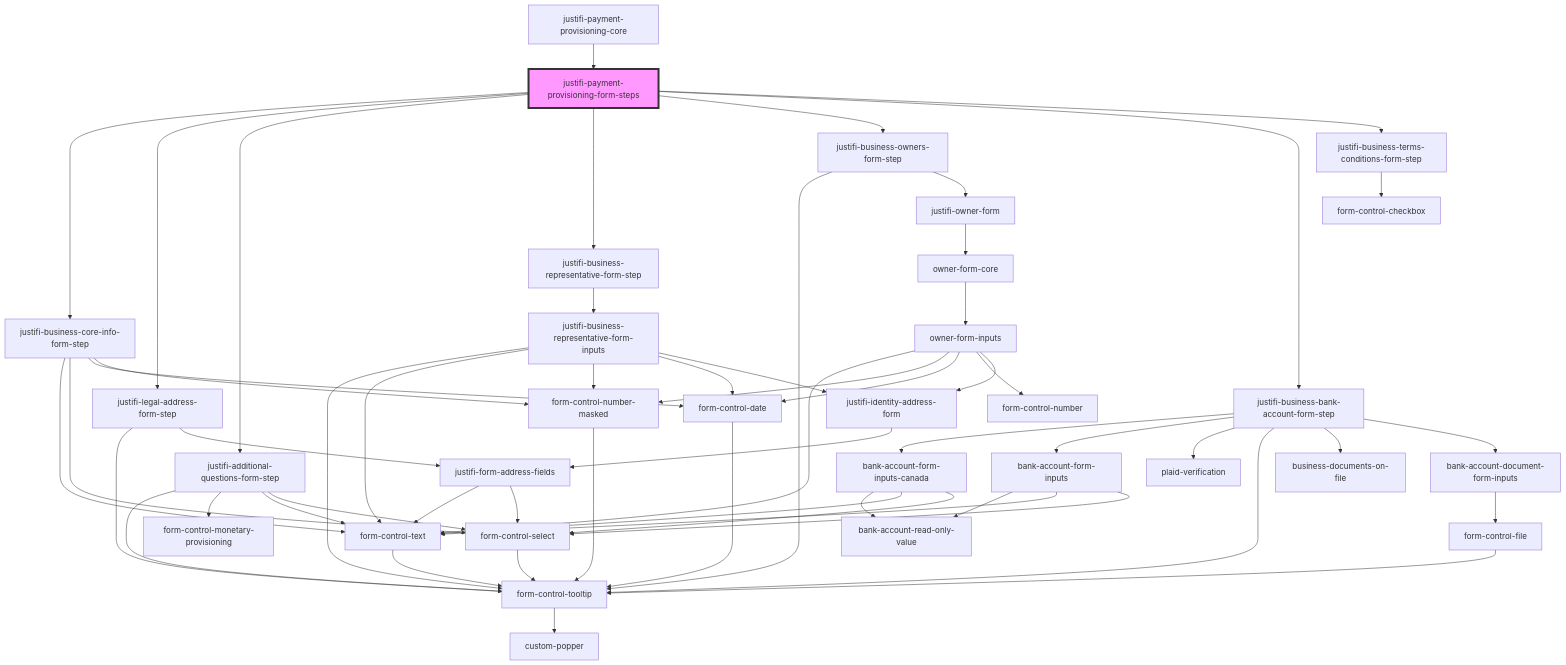
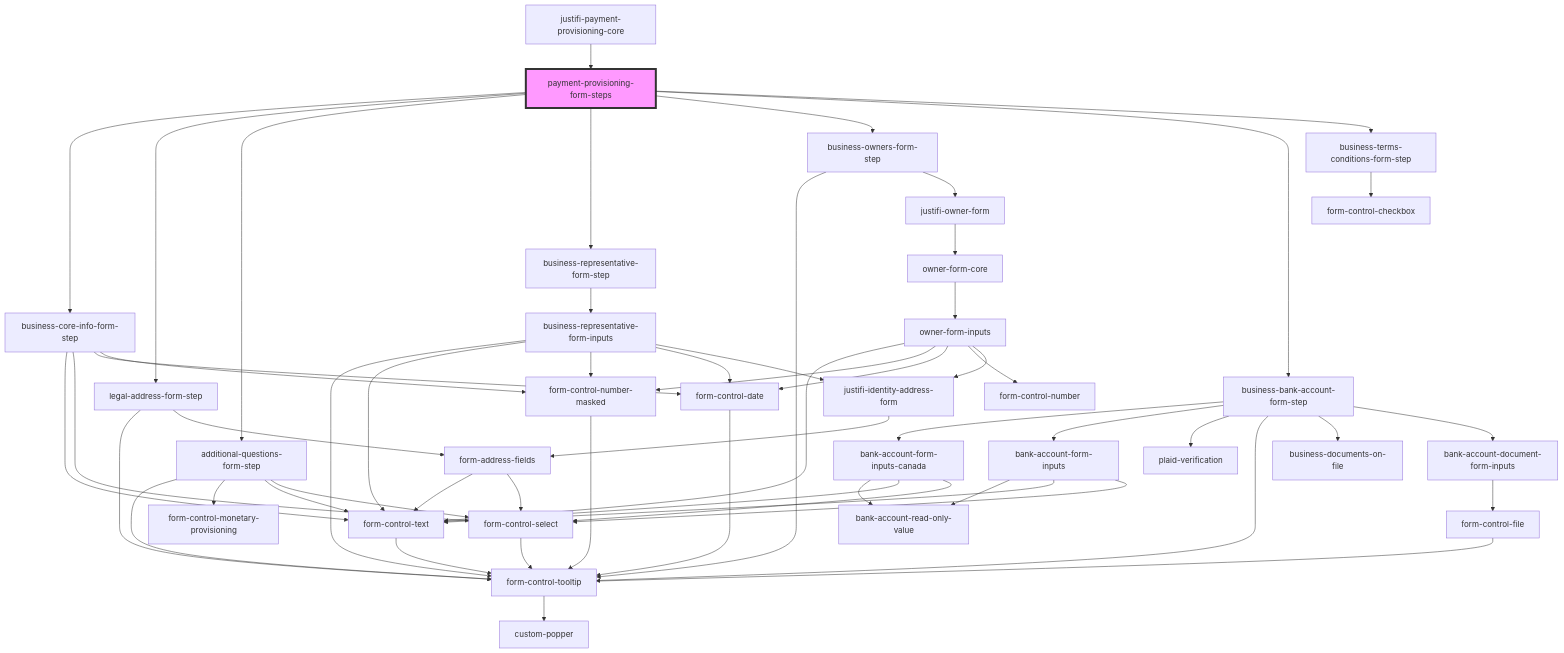
Before and after one commit to justifi-tech/web-component-library: the diagram in packages/webcomponents/src/components/business-forms/payment-provisioning/readme.md, drawn with Mermaid. The commit also changed other lines of this file and 36 other files, not shown here.

````diff
--- a/packages/webcomponents/src/components/business-forms/payment-provisioning/readme.md
+++ b/packages/webcomponents/src/components/business-forms/payment-provisioning/readme.md
@@ -54,60 +54,60 @@
 ```mermaid
 graph TD;
-  justifi-payment-provisioning-form-steps --> justifi-business-core-info-form-step
-  justifi-payment-provisioning-form-steps --> justifi-legal-address-form-step
-  justifi-payment-provisioning-form-steps --> justifi-additional-questions-form-step
-  justifi-payment-provisioning-form-steps --> justifi-business-representative-form-step
-  justifi-payment-provisioning-form-steps --> justifi-business-owners-form-step
-  justifi-payment-provisioning-form-steps --> justifi-business-bank-account-form-step
-  justifi-payment-provisioning-form-steps --> justifi-business-terms-conditions-form-step
-  justifi-business-core-info-form-step --> form-control-text
-  justifi-business-core-info-form-step --> form-control-select
-  justifi-business-core-info-form-step --> form-control-date
-  justifi-business-core-info-form-step --> form-control-number-masked
+  payment-provisioning-form-steps --> business-core-info-form-step
+  payment-provisioning-form-steps --> legal-address-form-step
+  payment-provisioning-form-steps --> additional-questions-form-step
+  payment-provisioning-form-steps --> business-representative-form-step
+  payment-provisioning-form-steps --> business-owners-form-step
+  payment-provisioning-form-steps --> business-bank-account-form-step
+  payment-provisioning-form-steps --> business-terms-conditions-form-step
+  business-core-info-form-step --> form-control-text
+  business-core-info-form-step --> form-control-select
+  business-core-info-form-step --> form-control-date
+  business-core-info-form-step --> form-control-number-masked
   form-control-text --> form-control-tooltip
   form-control-tooltip --> custom-popper
   form-control-select --> form-control-tooltip
   form-control-date --> form-control-tooltip
   form-control-number-masked --> form-control-tooltip
-  justifi-legal-address-form-step --> form-control-tooltip
-  justifi-legal-address-form-step --> justifi-form-address-fields
-  justifi-form-address-fields --> form-control-text
-  justifi-form-address-fields --> form-control-select
-  justifi-additional-questions-form-step --> form-control-tooltip
-  justifi-additional-questions-form-step --> form-control-monetary-provisioning
-  justifi-additional-questions-form-step --> form-control-text
-  justifi-additional-questions-form-step --> form-control-select
-  justifi-business-representative-form-step --> justifi-business-representative-form-inputs
-  justifi-business-representative-form-inputs --> form-control-tooltip
-  justifi-business-representative-form-inputs --> form-control-text
-  justifi-business-representative-form-inputs --> form-control-number-masked
-  justifi-business-representative-form-inputs --> form-control-date
-  justifi-business-representative-form-inputs --> justifi-identity-address-form
-  justifi-identity-address-form --> justifi-form-address-fields
-  justifi-business-owners-form-step --> form-control-tooltip
-  justifi-business-owners-form-step --> justifi-owner-form
+  legal-address-form-step --> form-control-tooltip
+  legal-address-form-step --> form-address-fields
+  form-address-fields --> form-control-text
+  form-address-fields --> form-control-select
+  additional-questions-form-step --> form-control-tooltip
+  additional-questions-form-step --> form-control-monetary-provisioning
+  additional-questions-form-step --> form-control-text
+  additional-questions-form-step --> form-control-select
+  business-representative-form-step --> business-representative-form-inputs
+  business-representative-form-inputs --> form-control-tooltip
+  business-representative-form-inputs --> form-control-text
+  business-representative-form-inputs --> form-control-number-masked
+  business-representative-form-inputs --> form-control-date
+  business-representative-form-inputs --> justifi-identity-address-form
+  justifi-identity-address-form --> form-address-fields
+  business-owners-form-step --> form-control-tooltip
+  business-owners-form-step --> justifi-owner-form
   justifi-owner-form --> owner-form-core
   owner-form-core --> owner-form-inputs
   owner-form-inputs --> form-control-text
   owner-form-inputs --> form-control-number-masked
   owner-form-inputs --> form-control-date
   owner-form-inputs --> form-control-number
   owner-form-inputs --> justifi-identity-address-form
-  justifi-business-bank-account-form-step --> bank-account-form-inputs-canada
-  justifi-business-bank-account-form-step --> bank-account-form-inputs
-  justifi-business-bank-account-form-step --> plaid-verification
-  justifi-business-bank-account-form-step --> form-control-tooltip
-  justifi-business-bank-account-form-step --> business-documents-on-file
-  justifi-business-bank-account-form-step --> bank-account-document-form-inputs
+  business-bank-account-form-step --> bank-account-form-inputs-canada
+  business-bank-account-form-step --> bank-account-form-inputs
+  business-bank-account-form-step --> plaid-verification
+  business-bank-account-form-step --> form-control-tooltip
+  business-bank-account-form-step --> business-documents-on-file
+  business-bank-account-form-step --> bank-account-document-form-inputs
   bank-account-form-inputs-canada --> bank-account-read-only-value
   bank-account-form-inputs-canada --> form-control-text
   bank-account-form-inputs-canada --> form-control-select
   bank-account-form-inputs --> bank-account-read-only-value
   bank-account-form-inputs --> form-control-text
   bank-account-form-inputs --> form-control-select
   bank-account-document-form-inputs --> form-control-file
   form-control-file --> form-control-tooltip
-  justifi-business-terms-conditions-form-step --> form-control-checkbox
-  justifi-payment-provisioning-core --> justifi-payment-provisioning-form-steps
-  style justifi-payment-provisioning-form-steps fill:#f9f,stroke:#333,stroke-width:4px
+  business-terms-conditions-form-step --> form-control-checkbox
+  justifi-payment-provisioning-core --> payment-provisioning-form-steps
+  style payment-provisioning-form-steps fill:#f9f,stroke:#333,stroke-width:4px
 ```
````
